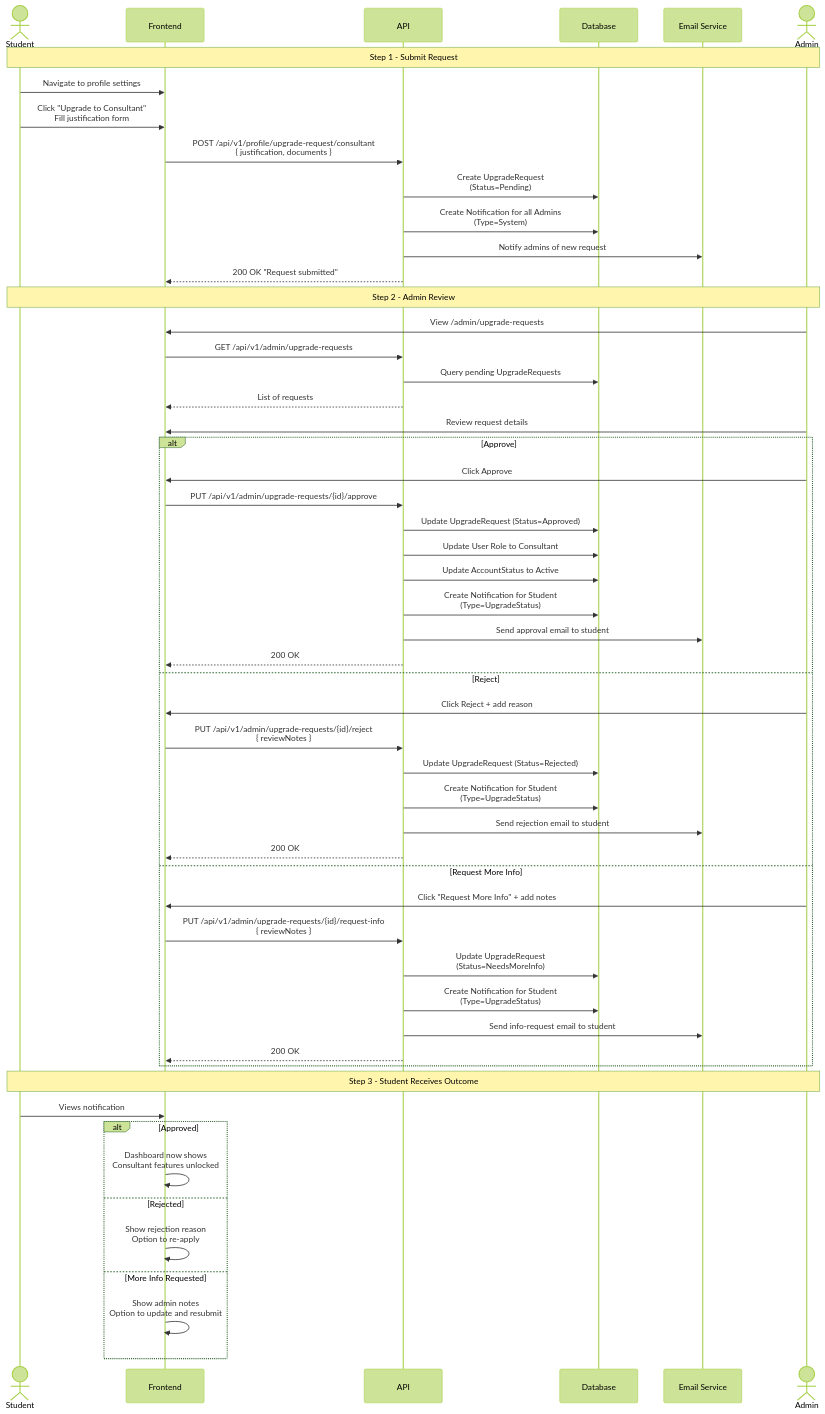
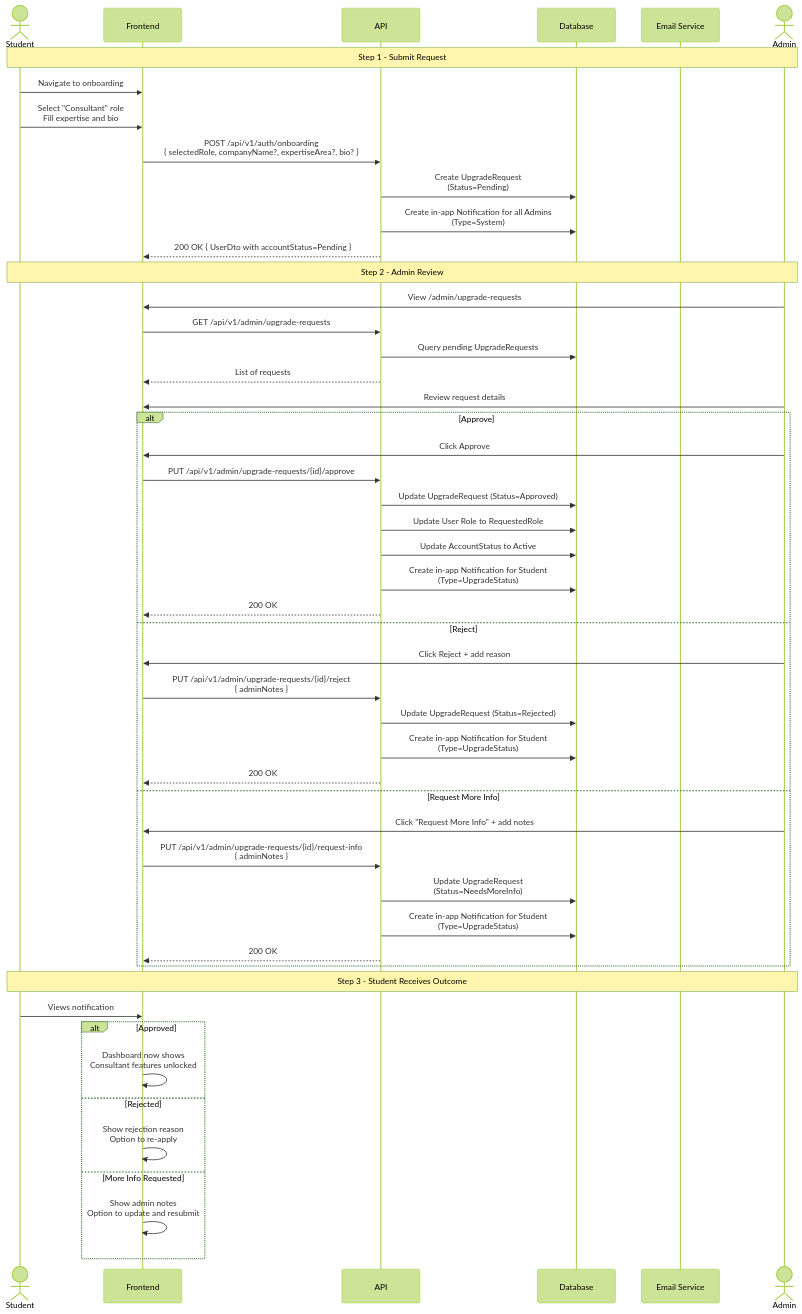
The fifth of 5 diagrams in docs/auth-flow.md (ma7moudalysalem/ScholarPath), drawn with Mermaid (forest theme) before and after one commit. The commit also changed other lines of this file and 6 other files, not shown here.

````diff
--- a/docs/auth-flow.md
+++ b/docs/auth-flow.md
@@ -192,64 +191,60 @@
 ```mermaid
 sequenceDiagram
     actor Student
     participant Frontend
     participant API
     participant DB as Database
     participant Email as Email Service
     actor Admin
 
     Note over Student,Admin: Step 1 - Submit Request
 
-    Student->>Frontend: Navigate to profile settings
-    Student->>Frontend: Click "Upgrade to Consultant"<br/>Fill justification form
-    Frontend->>API: POST /api/v1/profile/upgrade-request/consultant<br/>{ justification, documents }
+    Student->>Frontend: Navigate to onboarding
+    Student->>Frontend: Select "Consultant" role<br/>Fill expertise and bio
+    Frontend->>API: POST /api/v1/auth/onboarding<br/>{ selectedRole, companyName?, expertiseArea?, bio? }
     API->>DB: Create UpgradeRequest<br/>(Status=Pending)
-    API->>DB: Create Notification for all Admins<br/>(Type=System)
-    API->>Email: Notify admins of new request
-    API-->>Frontend: 200 OK "Request submitted"
+    API->>DB: Create in-app Notification for all Admins<br/>(Type=System)
+    API-->>Frontend: 200 OK { UserDto with accountStatus=Pending }
 
     Note over Student,Admin: Step 2 - Admin Review
 
     Admin->>Frontend: View /admin/upgrade-requests
     Frontend->>API: GET /api/v1/admin/upgrade-requests
     API->>DB: Query pending UpgradeRequests
     API-->>Frontend: List of requests
 
     Admin->>Frontend: Review request details
 
     alt Approve
         Admin->>Frontend: Click Approve
         Frontend->>API: PUT /api/v1/admin/upgrade-requests/{id}/approve
         API->>DB: Update UpgradeRequest (Status=Approved)
-        API->>DB: Update User Role to Consultant
+        API->>DB: Update User Role to RequestedRole
         API->>DB: Update AccountStatus to Active
-        API->>DB: Create Notification for Student<br/>(Type=UpgradeStatus)
-        API->>Email: Send approval email to student
+        API->>DB: Create in-app Notification for Student<br/>(Type=UpgradeStatus)
         API-->>Frontend: 200 OK
     else Reject
         Admin->>Frontend: Click Reject + add reason
-        Frontend->>API: PUT /api/v1/admin/upgrade-requests/{id}/reject<br/>{ reviewNotes }
+        Frontend->>API: PUT /api/v1/admin/upgrade-requests/{id}/reject<br/>{ adminNotes }
         API->>DB: Update UpgradeRequest (Status=Rejected)
-        API->>DB: Create Notification for Student<br/>(Type=UpgradeStatus)
-        API->>Email: Send rejection email to student
+        API->>DB: Create in-app Notification for Student<br/>(Type=UpgradeStatus)
         API-->>Frontend: 200 OK
     else Request More Info
         Admin->>Frontend: Click "Request More Info" + add notes
-        Frontend->>API: PUT /api/v1/admin/upgrade-requests/{id}/request-info<br/>{ reviewNotes }
+        Frontend->>API: PUT /api/v1/admin/upgrade-requests/{id}/request-info<br/>{ adminNotes }
         API->>DB: Update UpgradeRequest<br/>(Status=NeedsMoreInfo)
-        API->>DB: Create Notification for Student<br/>(Type=UpgradeStatus)
-        API->>Email: Send info-request email to student
+        API->>DB: Create in-app Notification for Student<br/>(Type=UpgradeStatus)
         API-->>Frontend: 200 OK
     end
 
     Note over Student,Admin: Step 3 - Student Receives Outcome
 
     Student->>Frontend: Views notification
     alt Approved
         Frontend->>Frontend: Dashboard now shows<br/>Consultant features unlocked
     else Rejected
         Frontend->>Frontend: Show rejection reason<br/>Option to re-apply
     else More Info Requested
         Frontend->>Frontend: Show admin notes<br/>Option to update and resubmit
     end
 ```
````
